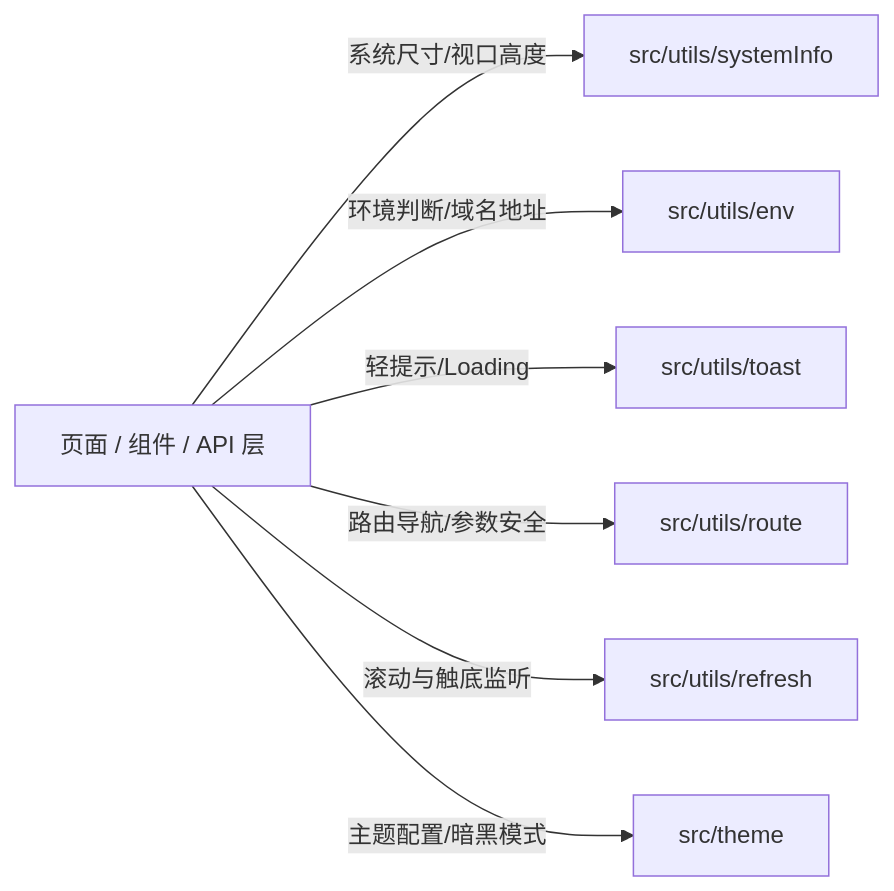
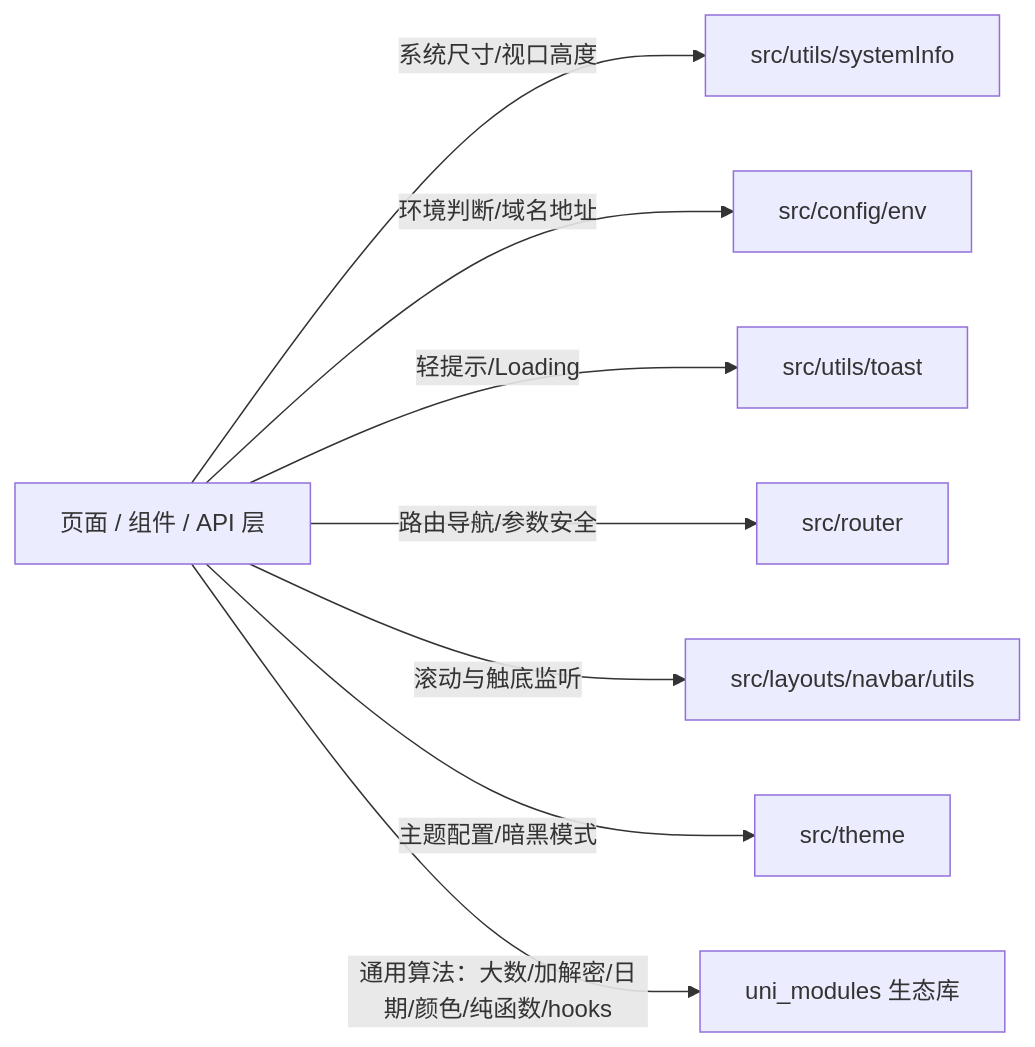
The diagram in .agents/skills/unibestX-skill/references/8-utils-spec.md (cq112233/unibestX), drawn with Mermaid before and after one commit. The commit also changed other lines of this file and 19 other files, not shown here.

````diff
--- a/.agents/skills/unibestX-skill/references/8-utils-spec.md
+++ b/.agents/skills/unibestX-skill/references/8-utils-spec.md
@@ -25,9 +26,10 @@
 ```mermaid
 graph LR
     A[页面 / 组件 / API 层] -->|系统尺寸/视口高度| B[src/utils/systemInfo]
-    A -->|环境判断/域名地址| C[src/utils/env]
+    A -->|环境判断/域名地址| C[src/config/env]
     A -->|轻提示/Loading| D[src/utils/toast]
-    A -->|路由导航/参数安全| E[src/utils/route]
-    A -->|滚动与触底监听| F[src/utils/refresh]
+    A -->|路由导航/参数安全| E[src/router]
+    A -->|滚动与触底监听| F[src/layouts/navbar/utils]
     A -->|主题配置/暗黑模式| G[src/theme]
+    A -->|通用算法：大数/加解密/日期/颜色/纯函数/hooks| H[uni_modules 生态库]
 ```
````
